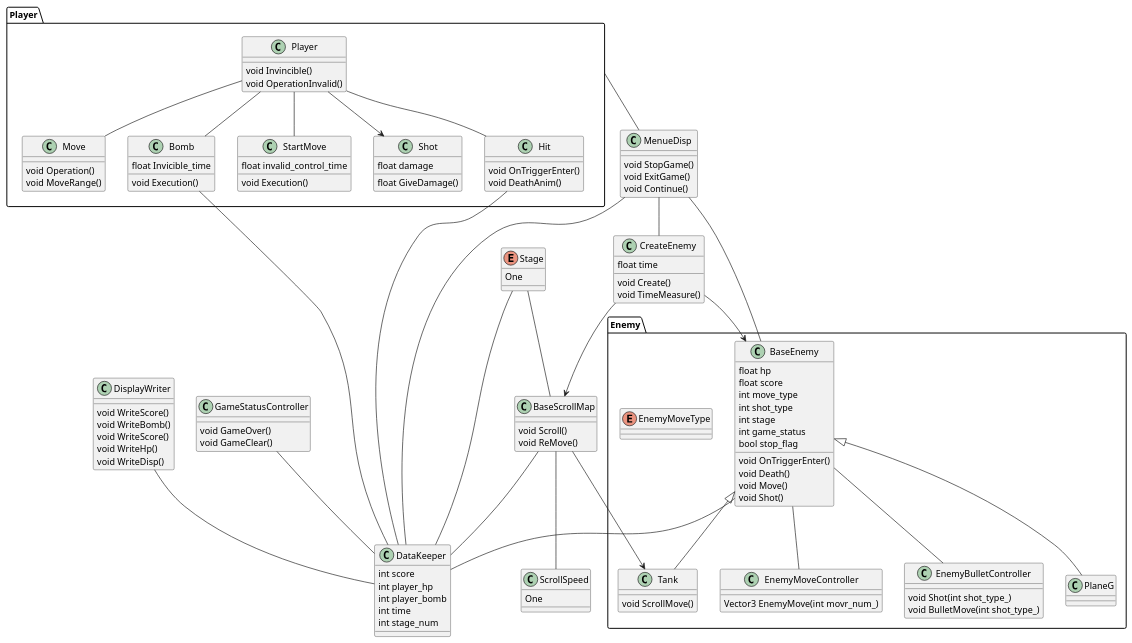
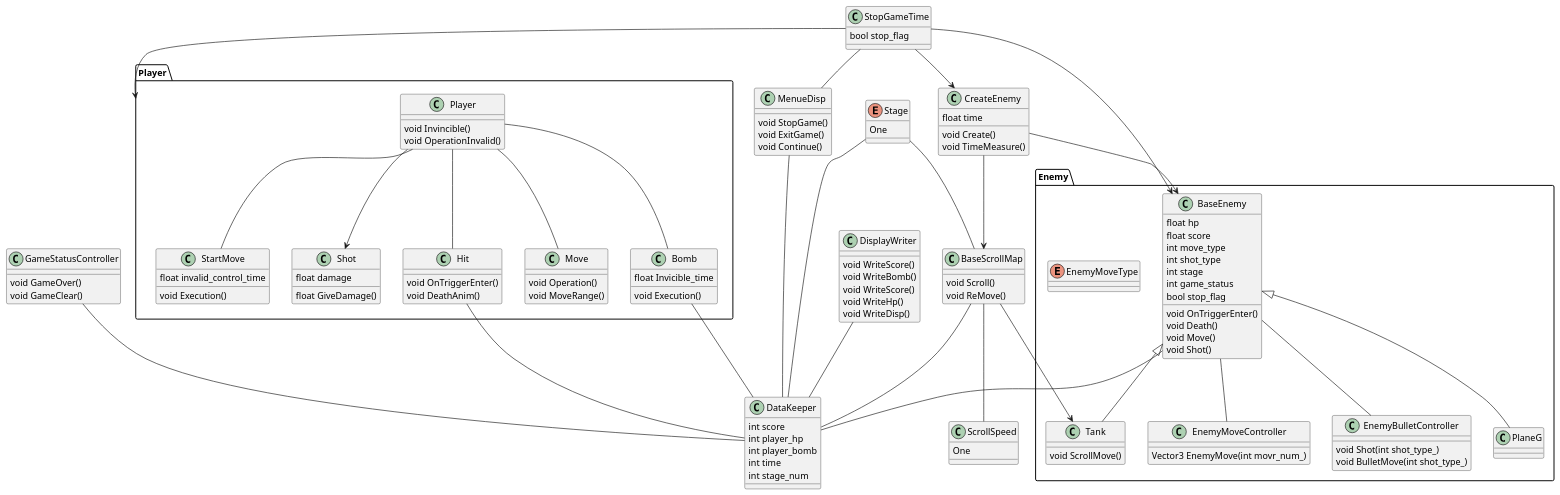
Before and after one commit to m0bec/RePixFighter: the diagram in proj_class.pu, drawn with PlantUML. The commit also changed 5 other files, not shown here.

```diff
--- a/proj_class.pu
+++ b/proj_class.pu
@@ -1,143 +1,148 @@
 @startuml{image html RePixFighter_class.png}
 
 class DataKeeper{
     int score
     int player_hp
     int player_bomb
     int time
     int stage_num
 }
 
 enum Stage{
     One
 }
 Stage -- DataKeeper
 Stage -- BaseScrollMap
 
 package Player{
     class Player{
         void Invincible()
         void OperationInvalid()
     }
 
     class Shot{
         float damage
         float GiveDamage()
     }
     Player --> Shot
 
     class Hit{
         void OnTriggerEnter()
         void DeathAnim()
     }
     Player -- Hit
     Hit -- DataKeeper
 
     class Move{
         void Operation()
         void MoveRange()
     }
     Player -- Move
 
     class Bomb{
         float Invicible_time
         void Execution()
     }
     Player -- Bomb
     Bomb -- DataKeeper
 
     class StartMove{
         void Execution()
         float invalid_control_time
     }
     Player -- StartMove
 }
 
 package Enemy{
     class BaseEnemy{
         float hp
         float score
         int move_type
         int shot_type
         int stage
         int game_status
         bool stop_flag
         void OnTriggerEnter()
         void Death()
         void Move()
         void Shot()
     }
     BaseEnemy -- DataKeeper
     BaseEnemy -- EnemyMoveController
     BaseEnemy -- EnemyBulletController
 
     class EnemyMoveController{
         Vector3 EnemyMove(int movr_num_)
     }
 
     class EnemyBulletController{
         void Shot(int shot_type_)
         void BulletMove(int shot_type_)
     }
 
     enum EnemyMoveType{
 
     }
 
     class Tank{
         void ScrollMove()
     }
     BaseEnemy <|-- Tank
 
     class PlaneG{
 
     }
     BaseEnemy <|-- PlaneG
 
 }
 
 class CreateEnemy{
     float time
     void Create()
     void TimeMeasure()
 }
 CreateEnemy --> BaseEnemy
 CreateEnemy --> BaseScrollMap
 
 class ScrollSpeed{
     One
 }
 class BaseScrollMap{
     void Scroll()
     void ReMove()
 }
 BaseScrollMap --> Tank
 BaseScrollMap -- DataKeeper
 BaseScrollMap -- ScrollSpeed
 
 class DisplayWriter{
     void WriteScore()
     void WriteBomb()
     void WriteScore()
     void WriteHp()
     void WriteDisp()
 }
 DisplayWriter -- DataKeeper
 
 class MenueDisp{
     void StopGame()
     void ExitGame()
     void Continue()
 }
 MenueDisp -- DataKeeper
-Player -- MenueDisp
-MenueDisp -- CreateEnemy
-MenueDisp -- BaseEnemy
 
 class GameStatusController{
     void GameOver()
     void GameClear()
 }
 GameStatusController -- DataKeeper
 
+class StopGameTime{
+    bool stop_flag
+}
+StopGameTime -- MenueDisp
+StopGameTime --> BaseEnemy
+StopGameTime --> Player
+StopGameTime --> CreateEnemy
+
 @enduml
```
